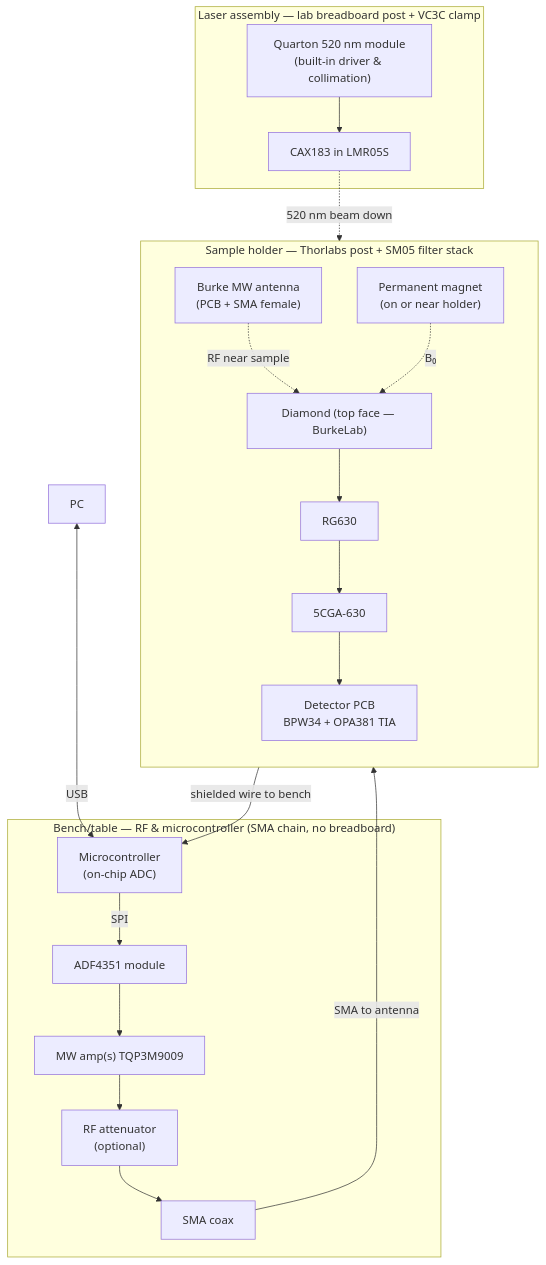
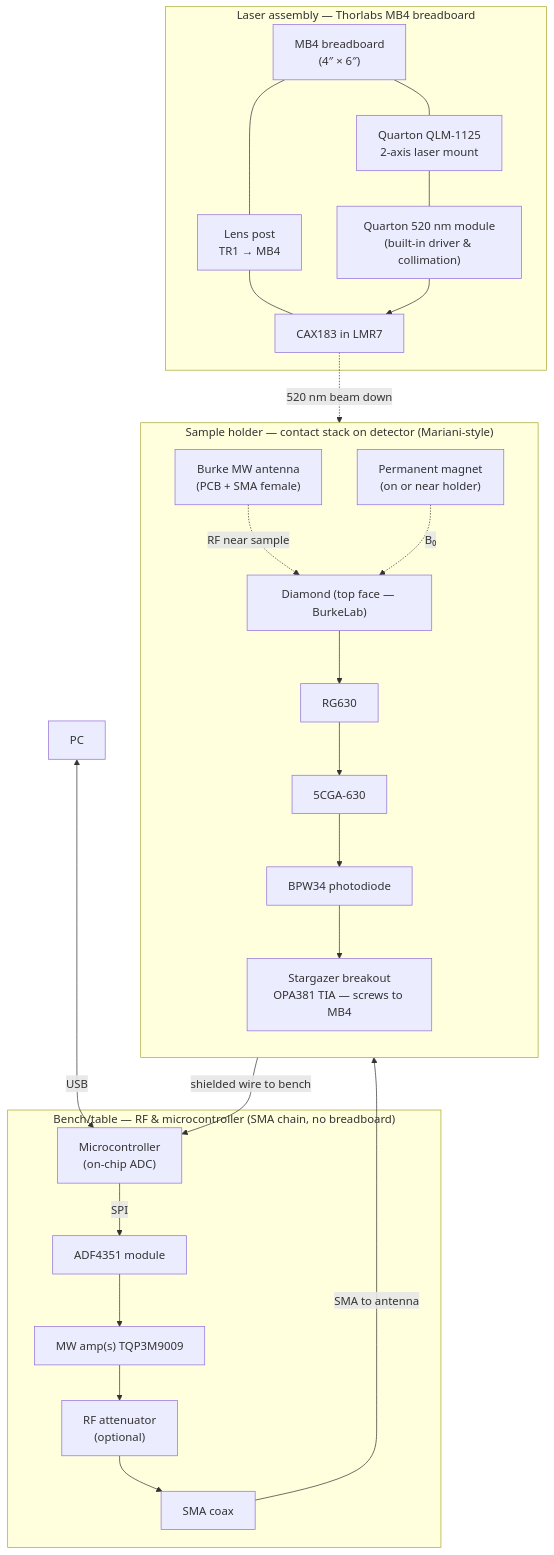
Before and after one commit to apoolla114/easy_qubit: the second of 2 diagrams in misc/diagrams/parts_diagram.md, drawn with Mermaid. The commit also changed other lines of this file and 2 other files, not shown here.

Commit message:
trimming unnecessary parts and adding fasteners

````diff
--- a/misc/diagrams/parts_diagram.md
+++ b/misc/diagrams/parts_diagram.md
@@ -95,38 +95,44 @@
 ```mermaid
 flowchart TB
     PC["PC"]
 
     subgraph BENCH ["Bench/table — RF & microcontroller (SMA chain, no breadboard)"]
         CTL["Microcontroller\n(on-chip ADC)"]
         SYN["ADF4351 module"]
         AMP["MW amp(s) TQP3M9009"]
         ATT["RF attenuator\n(optional)"]
         COAX["SMA coax"]
         CTL -->|SPI| SYN
         SYN --> AMP --> ATT --> COAX
     end
 
-    subgraph LASERASM ["Laser assembly — lab breadboard post + VC3C clamp"]
+    subgraph LASERASM ["Laser assembly — Thorlabs MB4 breadboard"]
+        BOARD["MB4 breadboard\n(4″ × 6″)"]
+        QLM["Quarton QLM-1125\n2-axis laser mount"]
         LASER["Quarton 520 nm module\n(built-in driver & collimation)"]
-        L2["CAX183 in LMR05S"]
+        POST_L["Lens post\nTR1 → MB4"]
+        L2["CAX183 in LMR7"]
+        BOARD --- QLM --- LASER
+        BOARD --- POST_L --- L2
         LASER --> L2
     end
 
-    subgraph HOLDER ["Sample holder — Thorlabs post + SM05 filter stack"]
+    subgraph HOLDER ["Sample holder — contact stack on detector (Mariani-style)"]
         direction TB
         DIA["Diamond (top face — BurkeLab)"]
         LP1["RG630"]
         LP2["5CGA-630"]
-        DETPCB["Detector PCB\nBPW34 + OPA381 TIA"]
+        PD["BPW34 photodiode"]
+        BRK["Stargazer breakout\nOPA381 TIA — screws to MB4"]
         ANT["Burke MW antenna\n(PCB + SMA female)"]
         MAG["Permanent magnet\n(on or near holder)"]
-        DIA --> LP1 --> LP2 --> DETPCB
+        DIA --> LP1 --> LP2 --> PD --> BRK
     end
 
     PC <-->|USB| CTL
     COAX -->|SMA to antenna| ANT
     ANT -.->|RF near sample| DIA
     L2 -.->|520 nm beam down| DIA
     MAG -.->|B₀| DIA
-    DETPCB -->|shielded wire to bench| CTL
+    BRK -->|shielded wire to bench| CTL
 ```
````
